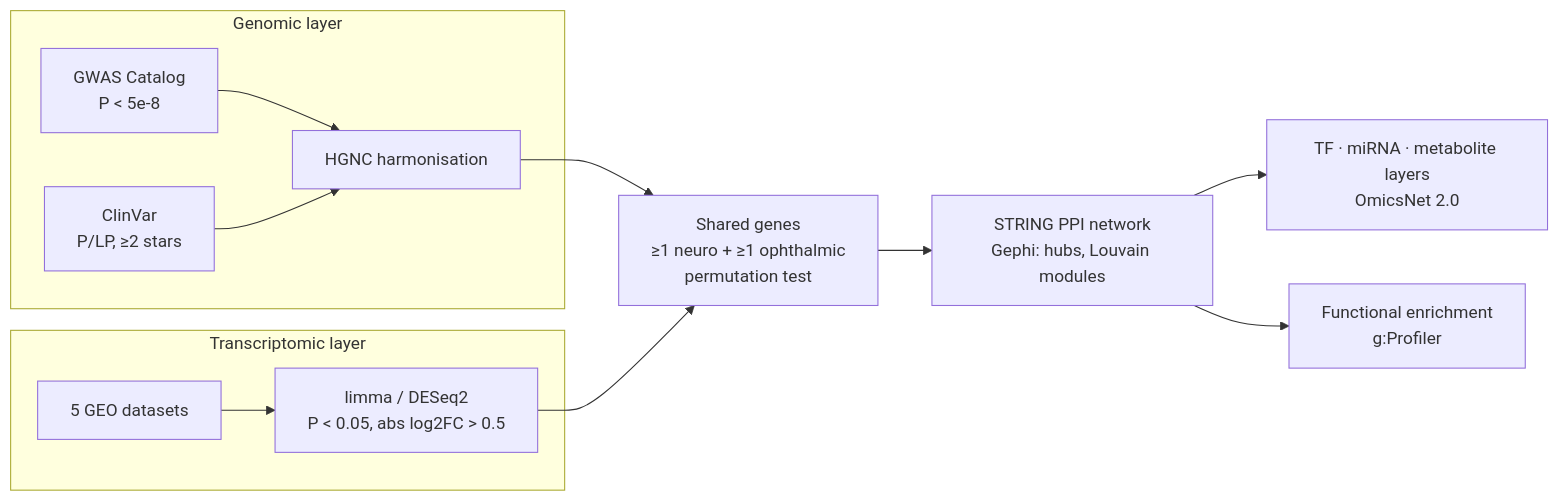
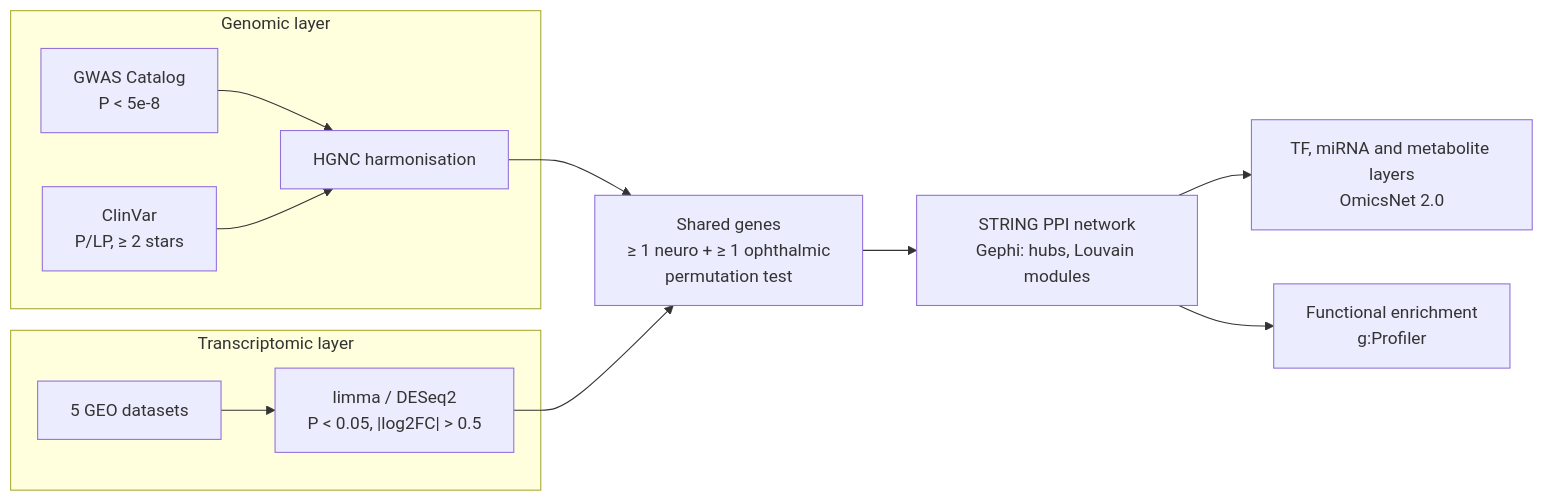
The diagram in README.md (amirhossein-rajabi/retina-brain-multiomics), drawn with Mermaid before and after one commit. The commit also changed other lines of this file and 32 other files, not shown here.

First line of the commit message:
Add transcriptomic permutation test, input snapshots and network results

````diff
--- a/README.md
+++ b/README.md
@@ -21,15 +21,15 @@
 ```mermaid
 flowchart LR
-    subgraph G[Genomic layer]
-        G1[GWAS Catalog<br/>P &lt; 5e-8] --> G3[HGNC harmonisation]
-        G2[ClinVar<br/>P/LP, ≥2 stars] --> G3
+    subgraph G["Genomic layer"]
+        G1["GWAS Catalog<br/>P < 5e-8"] --> G3["HGNC harmonisation"]
+        G2["ClinVar<br/>P/LP, ≥ 2 stars"] --> G3
     end
-    subgraph T[Transcriptomic layer]
-        T1[5 GEO datasets] --> T2[limma / DESeq2<br/>P &lt; 0.05, abs log2FC &gt; 0.5]
+    subgraph T["Transcriptomic layer"]
+        T1["5 GEO datasets"] --> T2["limma / DESeq2<br/>P < 0.05, |log2FC| > 0.5"]
     end
-    G3 --> S[Shared genes<br/>≥1 neuro + ≥1 ophthalmic<br/>permutation test]
+    G3 --> S["Shared genes<br/>≥ 1 neuro + ≥ 1 ophthalmic<br/>permutation test"]
     T2 --> S
-    S --> N[STRING PPI network<br/>Gephi: hubs, Louvain modules]
-    N --> R[TF · miRNA · metabolite layers<br/>OmicsNet 2.0]
-    N --> E[Functional enrichment<br/>g:Profiler]
+    S --> N["STRING PPI network<br/>Gephi: hubs, Louvain modules"]
+    N --> R["TF, miRNA and metabolite layers<br/>OmicsNet 2.0"]
+    N --> E["Functional enrichment<br/>g:Profiler"]
 ```
````
